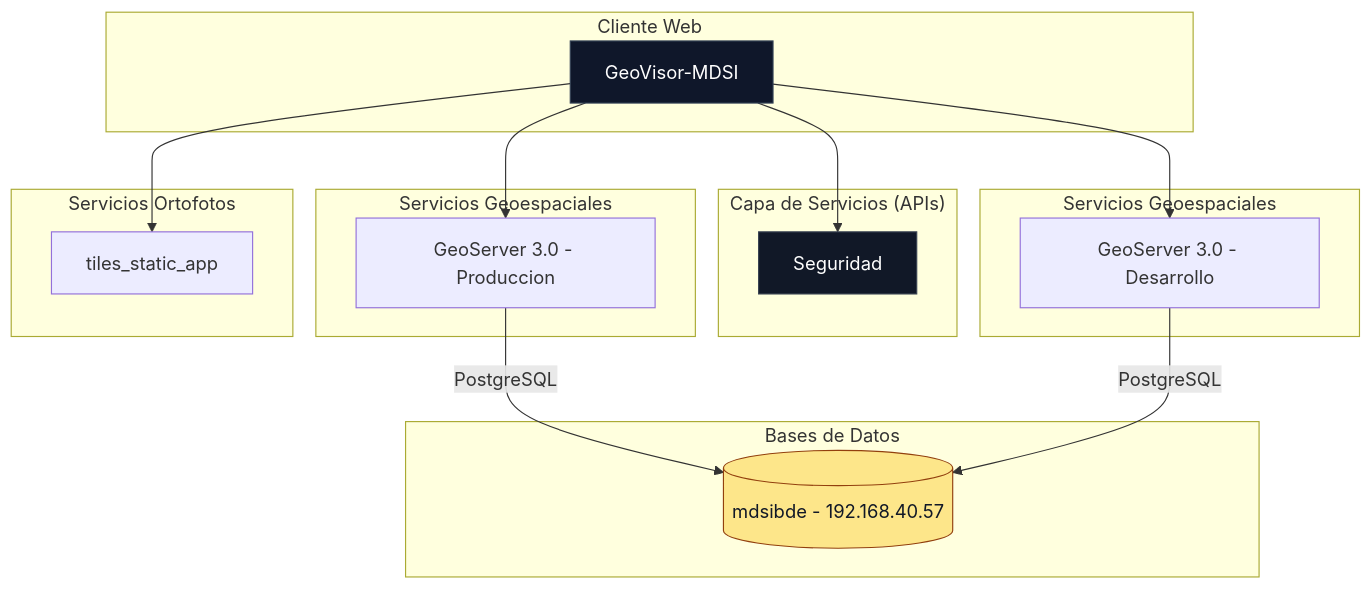
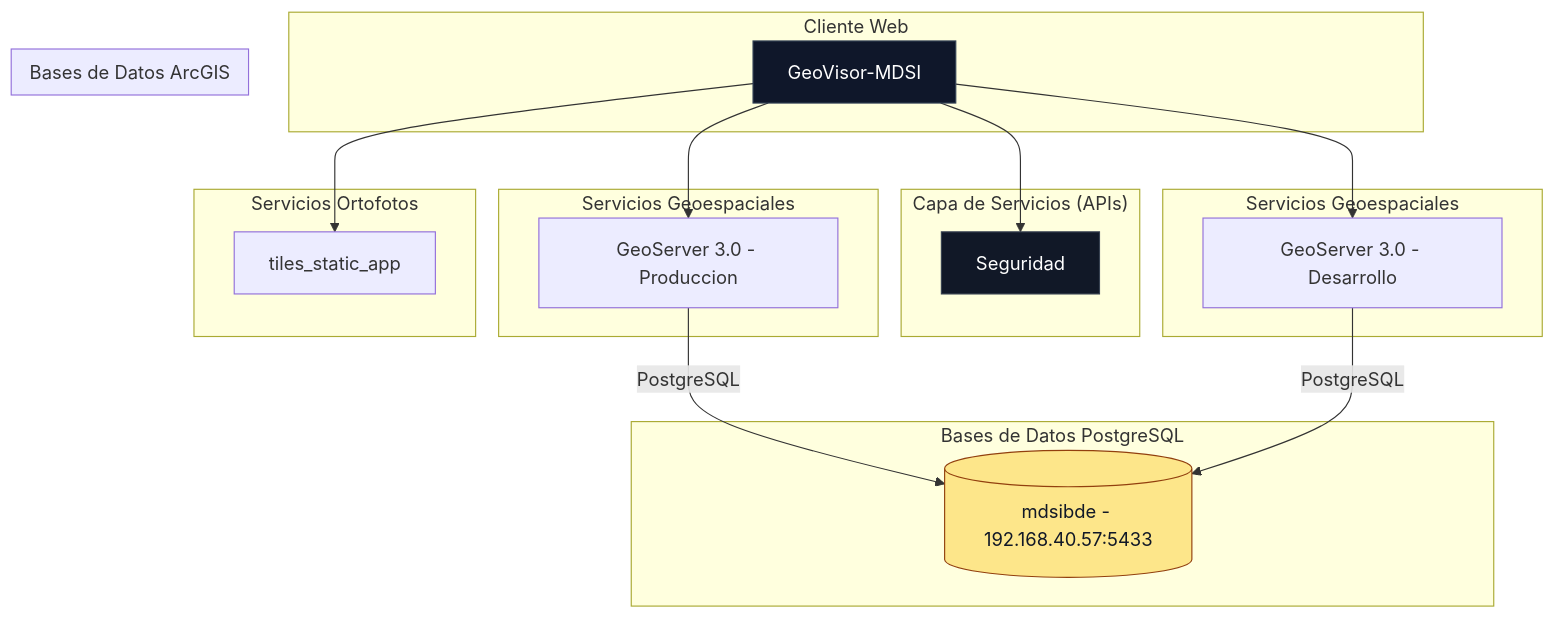
Before and after one commit to mdsigeovisor/geovisormdsi: the diagram in README.md, drawn with Mermaid.

````diff
--- a/README.md
+++ b/README.md
@@ -3,51 +3,55 @@
 ```mermaid
 graph TB
   %% =========================
   %% COMPONENTES
   %% =========================
   subgraph "Cliente Web"
     FRONT[GeoVisor-MDSI]
   end
 
   subgraph "Capa de Servicios (APIs)"
     AUTH[Seguridad]
   end
 
-  subgraph "Bases de Datos"
-    DB1[(mdsibde - 192.168.40.57)]
+  subgraph "Bases de Datos PostgreSQL"
+    DB1[(mdsibde - 192.168.40.57:5432)]
+  end
+
+  subgraph "Bases de Datos ArcGIS"
+    DB1[(mdsibde - 192.168.40.57:5433)]
   end
   
   subgraph "Servicios Geoespaciales"
     GEOSERVER_PROD[GeoServer 3.0 - Produccion]
   end
 
   subgraph "Servicios Geoespaciales"
     GEOSERVER_DEV[GeoServer 3.0 - Desarrollo]
   end
 
   subgraph "Servicios Ortofotos"
     ORTOFOTOS[tiles_static_app]
   end
 
   %% =========================
   %% RELACIONES
   %% =========================
   FRONT --> AUTH
   FRONT --> GEOSERVER_PROD
   FRONT --> GEOSERVER_DEV
   FRONT --> ORTOFOTOS
   
   GEOSERVER_PROD -- "PostgreSQL" --> DB1
   GEOSERVER_DEV -- "PostgreSQL" --> DB1
 
   %% =========================
   %% ESTILOS
   %% =========================
   classDef front fill:#0f172a,stroke:#334155,stroke-width:1px,color:#fff;
   classDef service fill:#111827,stroke:#374151,stroke-width:1px,color:#fff;
   classDef db fill:#fde68a,stroke:#92400e,stroke-width:1px,color:#111827;
 
   class FRONT front;
   class AUTH,GEOSERVER service;
   class DB1 db;
 ```
````
